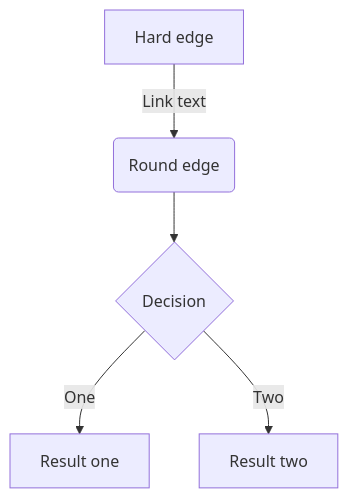
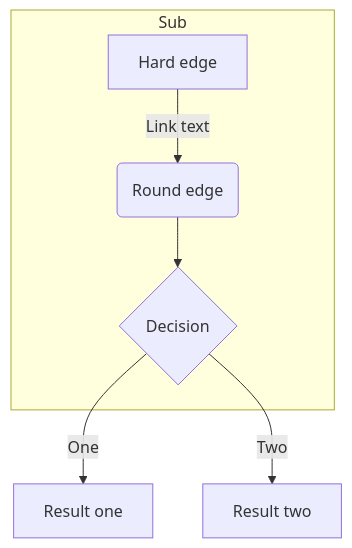
The first of 3 diagrams in test/extras.md (sinedied/hads), drawn with Mermaid before and after one commit. The commit also changed other lines of this file, not shown here.

Commit message:
Updated mermaid examples

````diff
--- a/test/extras.md
+++ b/test/extras.md
@@ -34,7 +34,9 @@
 ```mermaid
-graph TD;
-    A[Hard edge] -->|Link text| B(Round edge);
-    B --> C{Decision};
-    C -->|One| D[Result one];
-    C -->|Two| E[Result two];
+graph TD
+  subgraph Sub
+    A[Hard edge] -->|Link text| B(Round edge)
+    B --> C{Decision}
+  end
+  C -->|One| D[Result one]
+  C -->|Two| E[Result two]
 ```
````
